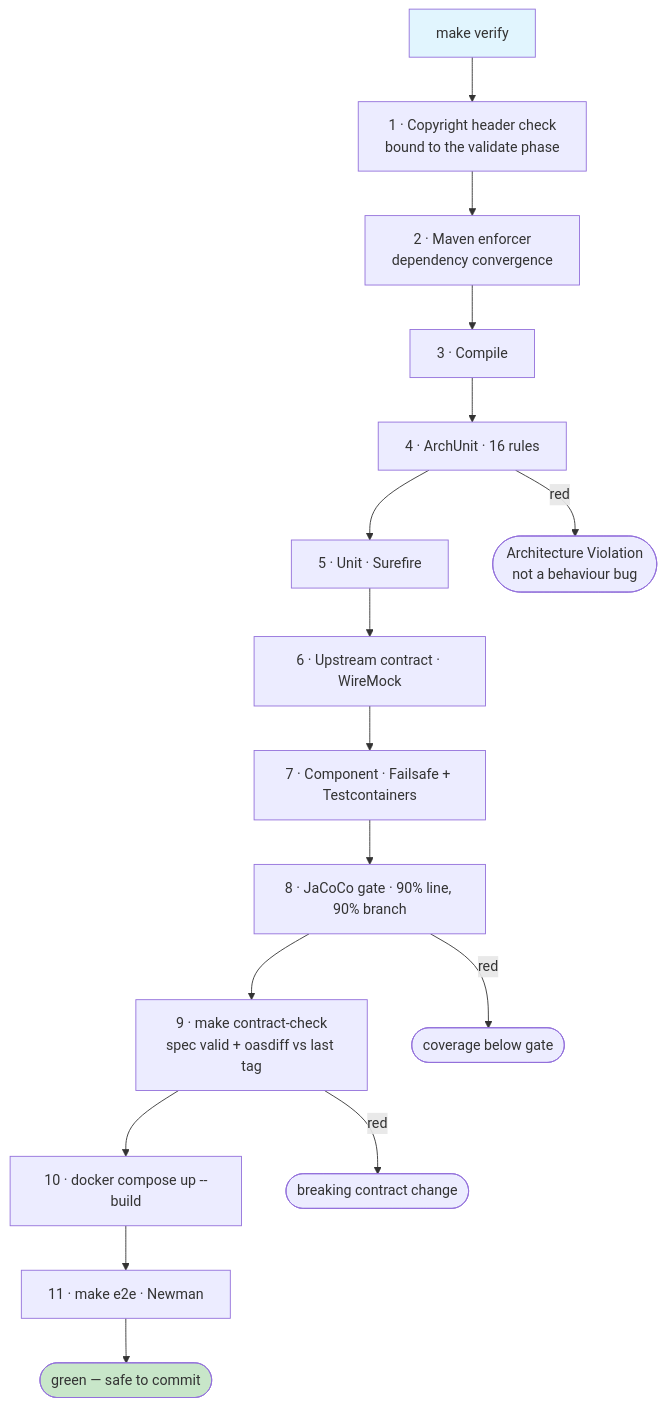
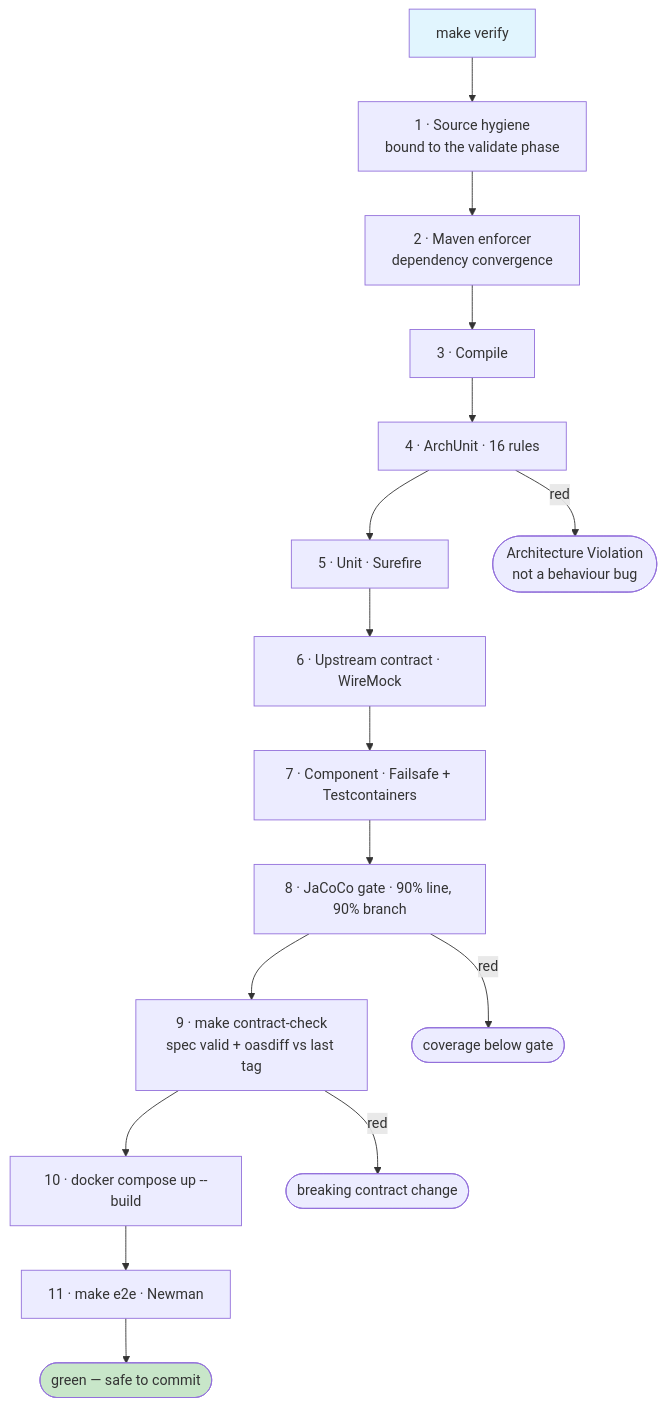
One commit to davidmtzenciso/pokedex-api changed the diagram in docs/diagrams/verification-gates.md. Above: the diagram before and after it, drawn with Mermaid. The commit also changed other lines of this file and 137 other files, not shown here.

````diff
--- a/docs/diagrams/verification-gates.md
+++ b/docs/diagrams/verification-gates.md
@@ -5,22 +5,22 @@
 ```mermaid
 flowchart TD
-  V["make verify"] --> H["1 · Copyright header check<br/>bound to the validate phase"]
+  V["make verify"] --> H["1 · Source hygiene<br/>bound to the validate phase"]
   H --> E["2 · Maven enforcer<br/>dependency convergence"]
   E --> C["3 · Compile"]
   C --> A["4 · ArchUnit · 16 rules"]
   A --> U["5 · Unit · Surefire"]
   U --> W["6 · Upstream contract · WireMock"]
   W --> K["7 · Component · Failsafe + Testcontainers"]
   K --> J["8 · JaCoCo gate · 90% line, 90% branch"]
   J --> S["9 · make contract-check<br/>spec valid + oasdiff vs last tag"]
   S --> D["10 · docker compose up --build"]
   D --> N["11 · make e2e · Newman"]
   N --> OK([green — safe to commit])
 
   A -->|red| FA([Architecture Violation<br/>not a behaviour bug])
   J -->|red| FJ([coverage below gate])
   S -->|red| FS([breaking contract change])
 
   style V fill:#e1f5fe
   style OK fill:#c8e6c9
 ```
````
